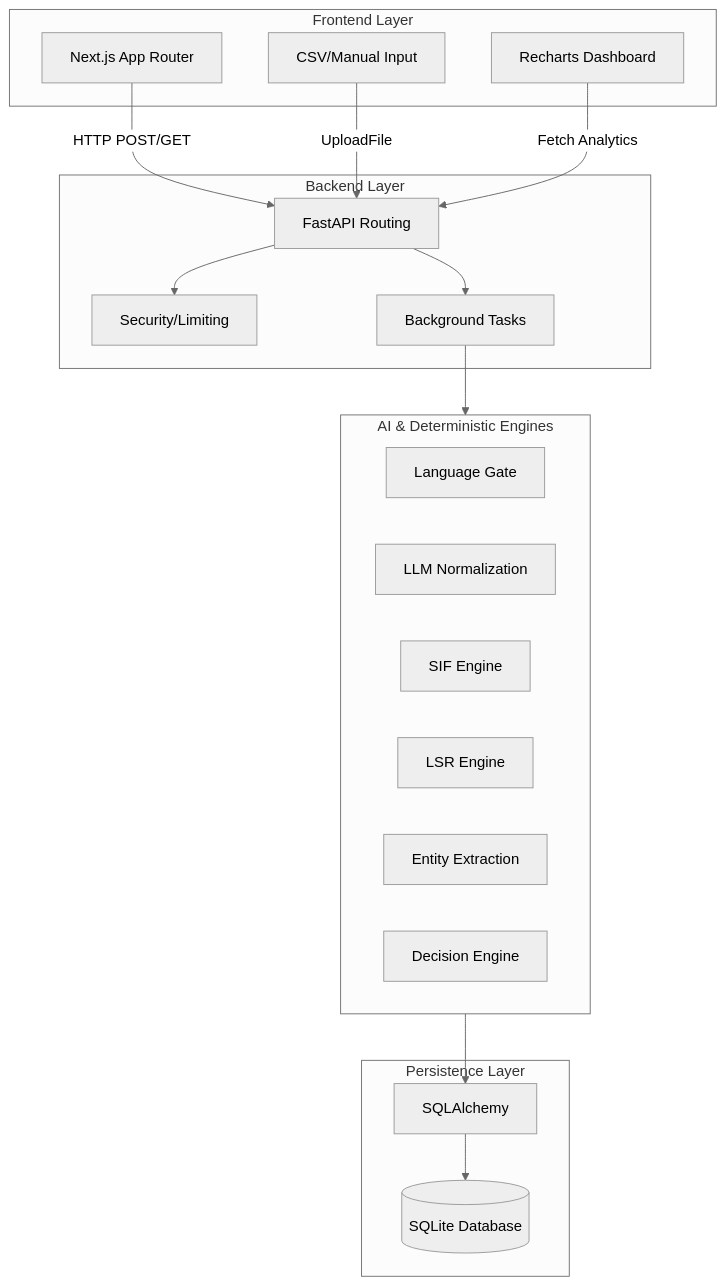
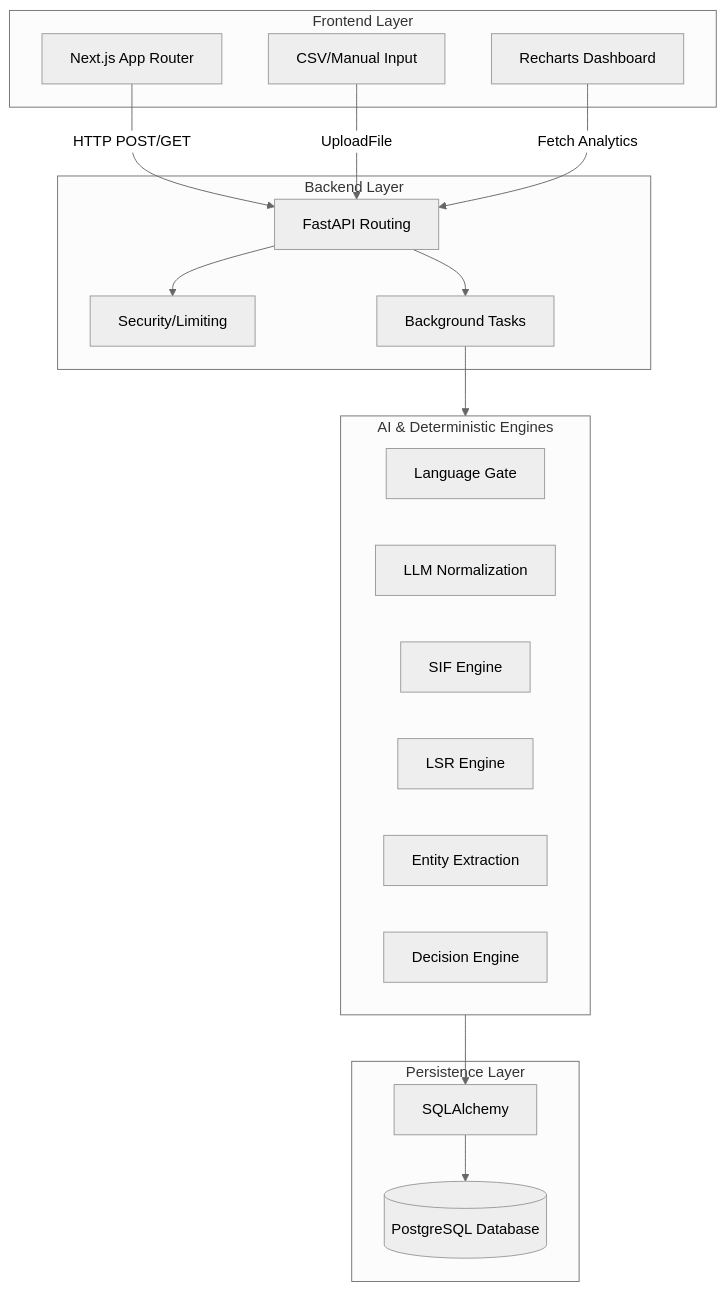
One commit to Prince-1652/sif-precursor-nlp changed the diagram in architecture.md. Above: the diagram before and after it, drawn with Mermaid (neutral theme). The commit also changed other lines of this file and 2 other files, not shown here.

Commit message:
docs: remove stray SQLite references in favor of PostgreSQL

````diff
--- a/architecture.md
+++ b/architecture.md
@@ -9,39 +9,39 @@
 ```mermaid
 graph TD
     subgraph Client [Frontend Layer]
         UI[Next.js App Router]
         Dashboard[Recharts Dashboard]
         Upload[CSV/Manual Input]
     end
 
     subgraph API [Backend Layer]
         Router[FastAPI Routing]
         Auth[Security/Limiting]
         Workers[Background Tasks]
     end
 
     subgraph Core [AI & Deterministic Engines]
         Lang[Language Gate]
         Norm[LLM Normalization]
         SIF[SIF Engine]
         LSR[LSR Engine]
         Entity[Entity Extraction]
         Decision[Decision Engine]
     end
 
     subgraph Data [Persistence Layer]
         ORM[SQLAlchemy]
-        DB[(SQLite Database)]
+        DB[(PostgreSQL Database)]
     end
 
     UI -->|HTTP POST/GET| Router
     Upload -->|UploadFile| Router
     Dashboard -->|Fetch Analytics| Router
     
     Router --> Auth
     Router --> Workers
     Workers --> Core
     
     Core --> ORM
     ORM --> DB
 ```
````
